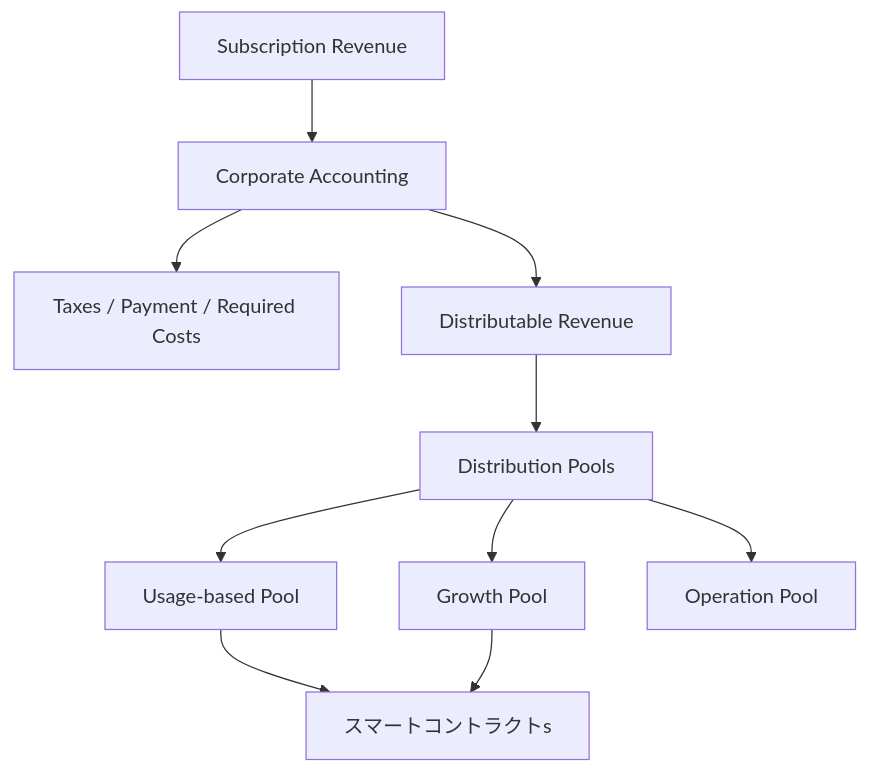
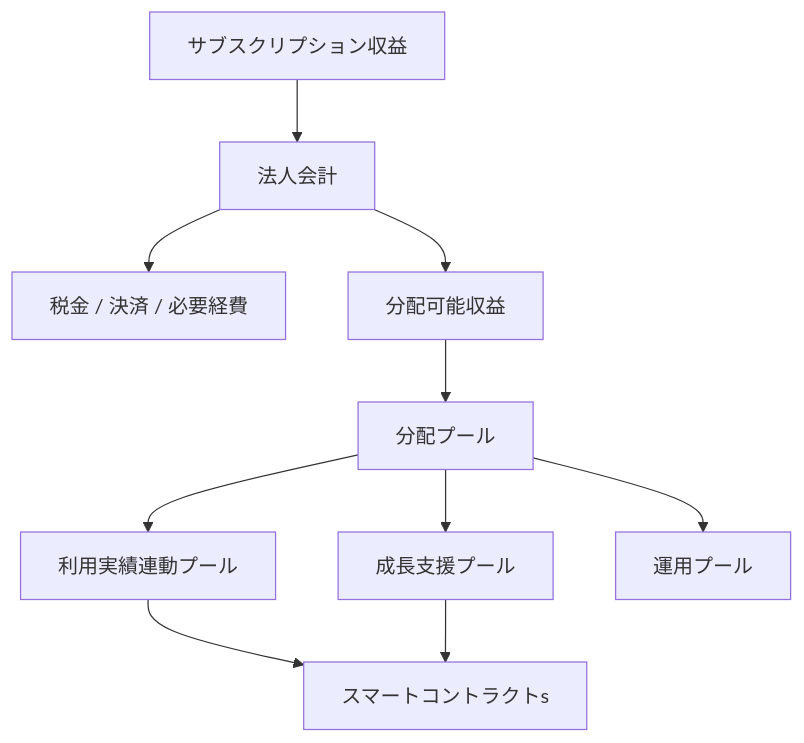
One commit to ShigeichiroYamasaki/creator-first-platform changed diagram 15 of 27 in docs/whitepaper/04-platform-architecture.md. Above: the diagram before and after it, drawn with Mermaid. The commit also changed other lines of this file and 72 other files, not shown here.

````diff
--- a/docs/whitepaper/04-platform-architecture.md
+++ b/docs/whitepaper/04-platform-architecture.md
@@ -508,15 +508,15 @@
 ```mermaid
 flowchart TD
-    REV[Subscription Revenue]
-    REV --> CORP[Corporate Accounting]
-    CORP --> COST[Taxes / Payment / Required Costs]
-    CORP --> NET[Distributable Revenue]
+    REV[サブスクリプション収益]
+    REV --> CORP[法人会計]
+    CORP --> COST[税金 / 決済 / 必要経費]
+    CORP --> NET[分配可能収益]
 
-    NET --> POOL[Distribution Pools]
-    POOL --> USAGE[Usage-based Pool]
-    POOL --> GROWTH[Growth Pool]
-    POOL --> OPS[Operation Pool]
+    NET --> POOL[分配プール]
+    POOL --> USAGE[利用実績連動プール]
+    POOL --> GROWTH[成長支援プール]
+    POOL --> OPS[運用プール]
 
     USAGE --> SC[スマートコントラクトs]
     GROWTH --> SC
 ```
````
